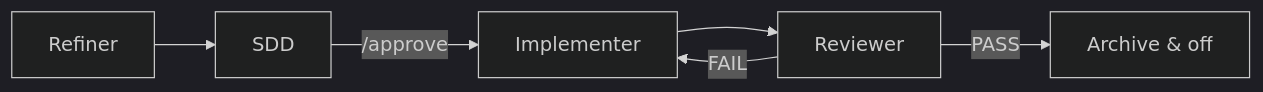
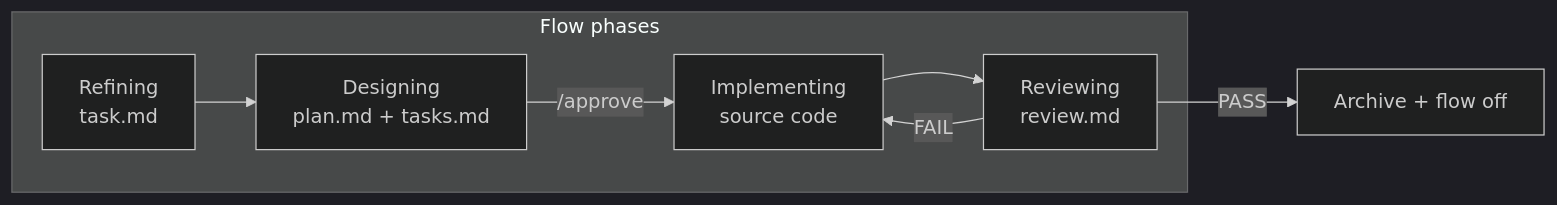
One commit to ceatoleii/specflow changed the diagram in docs/en/how-it-works.md. Above: the diagram before and after it, drawn with Mermaid (dark theme). The commit also changed other lines of this file and 14 other files, not shown here.

````diff
--- a/docs/en/how-it-works.md
+++ b/docs/en/how-it-works.md
@@ -33,8 +13,14 @@
 ```mermaid
 flowchart LR
-  A[Refiner] --> B[SDD]
-  B -->|/approve| C[Implementer]
-  C --> D[Reviewer]
-  D -->|PASS| E[Archive & off]
-  D -->|FAIL| C
+  subgraph phases [Flow phases]
+    R[Refining<br/>task.md]
+    D[Designing<br/>plan.md + tasks.md]
+    I[Implementing<br/>source code]
+    V[Reviewing<br/>review.md]
+  end
+  R --> D
+  D -->|/approve| I
+  I --> V
+  V -->|PASS| A[Archive + flow off]
+  V -->|FAIL| I
 ```
````
